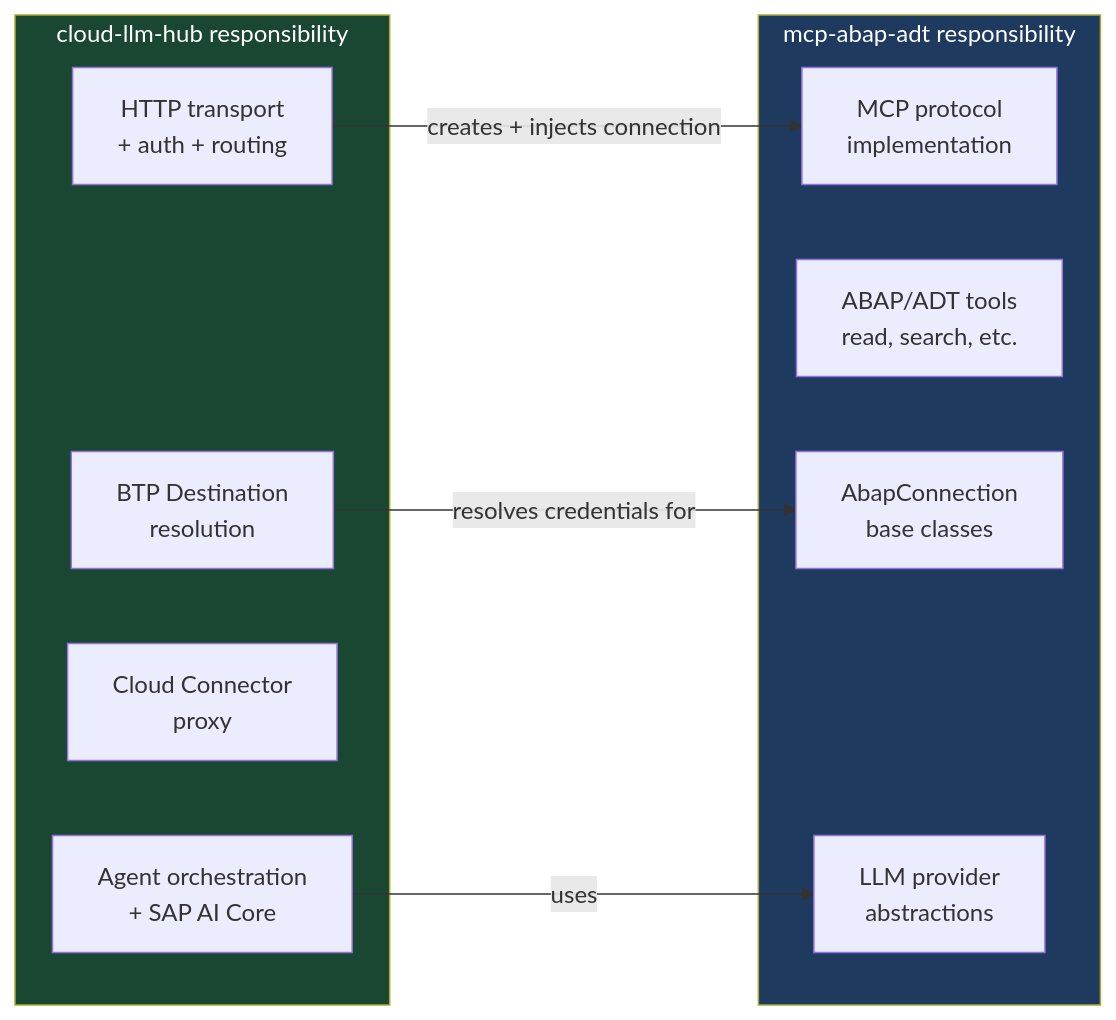
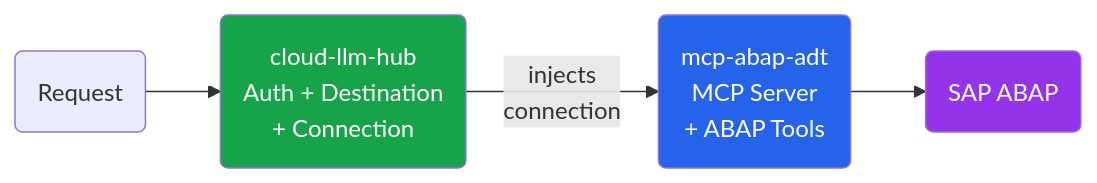
The second of 17 diagrams in docs/architecture/ARCHITECTURE.md (fr0ster/cloud-llm-hub), drawn with Mermaid before and after one commit. The commit also changed other lines of this file and 2 other files, not shown here.

First line of the commit message:
docs: simplify mcp-abap-adt relationship section and update video plan

````diff
--- a/docs/architecture/ARCHITECTURE.md
+++ b/docs/architecture/ARCHITECTURE.md
@@ -154,31 +82,8 @@
 ```mermaid
-graph LR
-    subgraph BOUNDARY_CLH["cloud-llm-hub responsibility"]
-        A["HTTP transport
-        + auth + routing"]
-        B["BTP Destination
-        resolution"]
-        C["Cloud Connector
-        proxy"]
-        D["Agent orchestration
-        + SAP AI Core"]
-    end
+flowchart LR
+    A(Request) --> B(cloud-llm-hub<br/>Auth + Destination<br/>+ Connection) -- injects<br/>connection --> C(mcp-abap-adt<br/>MCP Server<br/>+ ABAP Tools) --> D(SAP ABAP)
 
-    subgraph BOUNDARY_MCP["mcp-abap-adt responsibility"]
-        E["MCP protocol
-        implementation"]
-        F["ABAP/ADT tools
-        read, search, etc."]
-        G["AbapConnection
-        base classes"]
-        H["LLM provider
-        abstractions"]
-    end
-
-    A -->|"creates + injects connection"| E
-    B -->|"resolves credentials for"| G
-    D -->|"uses"| H
-
-    style BOUNDARY_CLH fill:#1a4731,color:#fff
-    style BOUNDARY_MCP fill:#1e3a5f,color:#fff
+    style B fill:#16a34a,color:#fff,font-size:16px
+    style C fill:#2563eb,color:#fff,font-size:16px
+    style D fill:#9333ea,color:#fff,font-size:16px
 ```
````
